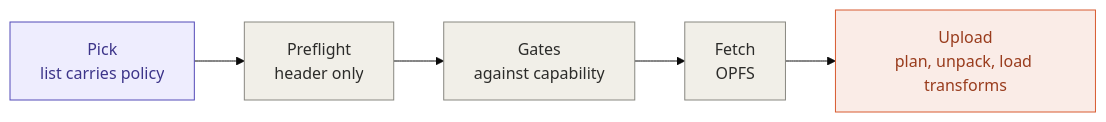
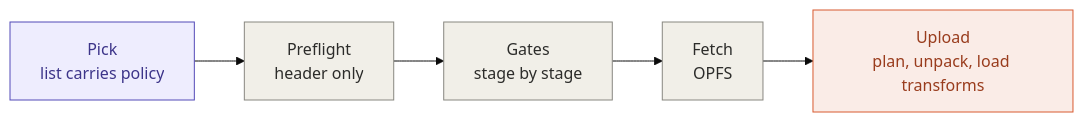
One commit to plainsight-systems/browser-llm changed the first of 3 diagrams in docs/architecture/logical-overview.md. Above: the diagram before and after it, drawn with Mermaid (base theme). The commit also changed other lines of this file and 17 other files, not shown here.

````diff
--- a/docs/architecture/logical-overview.md
+++ b/docs/architecture/logical-overview.md
@@ -21,12 +21,12 @@
 ```mermaid
 flowchart LR
     pick["Pick<br/>list carries policy"] --> pf["Preflight<br/>header only"]
-    pf --> gates["Gates<br/>against capability"]
+    pf --> gates["Gates<br/>stage by stage"]
     gates --> fetch["Fetch<br/>OPFS"]
     fetch --> upload["Upload<br/>plan, unpack, load transforms"]
     classDef default fill:#F1EFE8,stroke:#888780,color:#2C2C2A
     classDef fork fill:#FAECE7,stroke:#D85A30,color:#993C1D
     classDef policy fill:#EEEDFE,stroke:#534AB7,color:#3C3489
     class upload fork
     class pick policy
 ```
````
